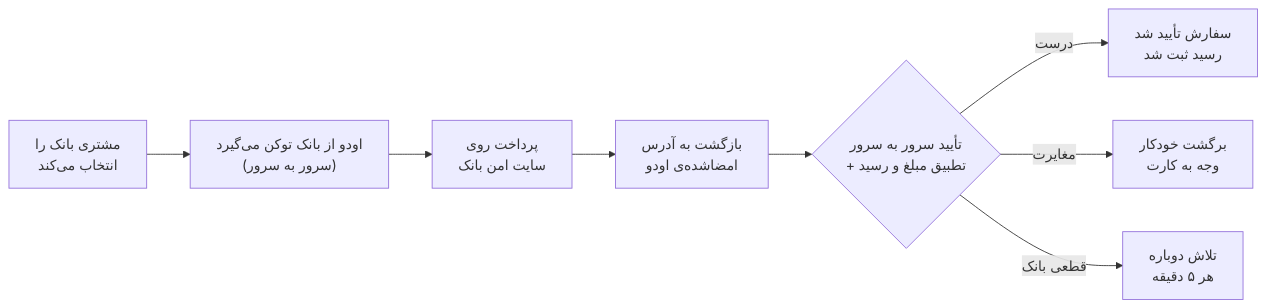
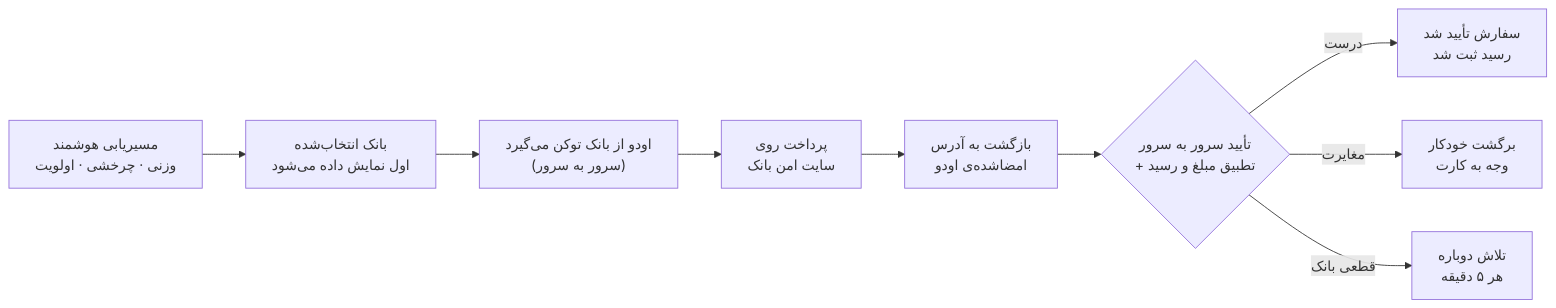
Before and after one commit to vestaai-ir/vesta-payment-iran: the diagram in README.md, drawn with Mermaid. The commit also changed other lines of this file and 32 other files, not shown here.

````diff
--- a/README.md
+++ b/README.md
@@ -80,10 +102,11 @@
 ```mermaid
 flowchart LR
-    A["مشتری بانک را<br/>انتخاب می‌کند"] --> B["اودو از بانک توکن می‌گیرد<br/>(سرور به سرور)"]
+    R["مسیریابی هوشمند<br/>وزنی · چرخشی · اولویت"] --> A["بانک انتخاب‌شده<br/>اول نمایش داده می‌شود"]
+    A --> B["اودو از بانک توکن می‌گیرد<br/>(سرور به سرور)"]
     B --> C["پرداخت روی<br/>سایت امن بانک"]
     C --> D["بازگشت به آدرس<br/>امضاشده‌ی اودو"]
     D --> E{"تأیید سرور به سرور<br/>+ تطبیق مبلغ و رسید"}
     E -- درست --> F["سفارش تأیید شد<br/>رسید ثبت شد"]
     E -- مغایرت --> G["برگشت خودکار<br/>وجه به کارت"]
     E -- قطعی بانک --> H["تلاش دوباره<br/>هر ۵ دقیقه"]
 ```
````
